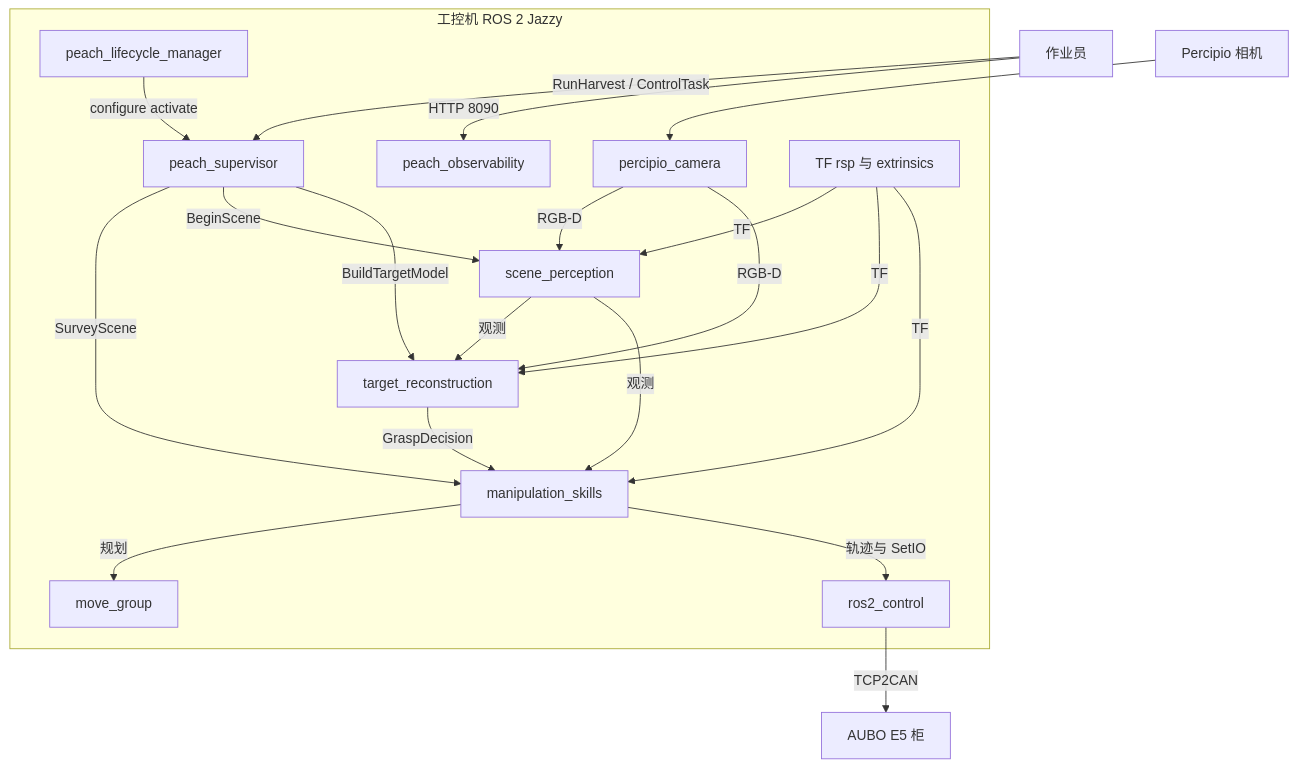
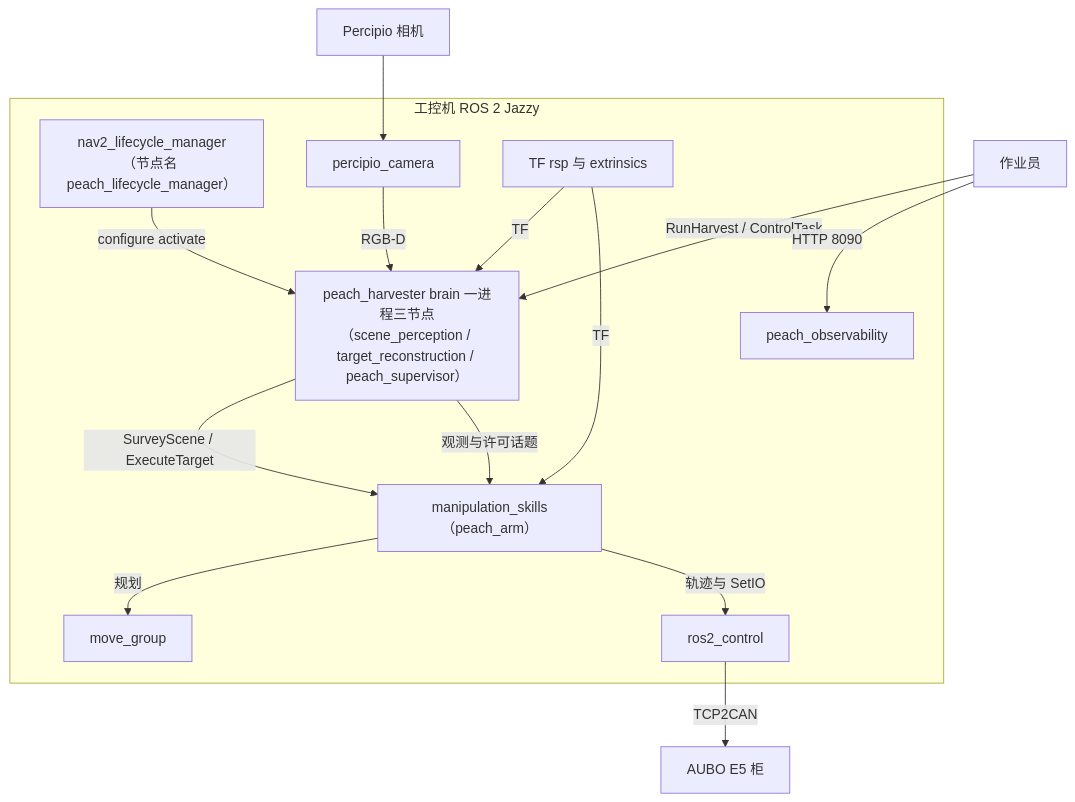
One commit to MUHAN11-c/aubo_boot changed the second of 15 diagrams in docs/architecture.md. Above: the diagram before and after it, drawn with Mermaid. The commit also changed other lines of this file and 291 other files, not shown here.

````diff
--- a/docs/architecture.md
+++ b/docs/architecture.md
@@ -103,36 +103,28 @@
 ```mermaid
 flowchart TB
   op["作业员"]
   e5["AUBO E5 柜"]
   camhw["Percipio 相机"]
   subgraph ipc["工控机 ROS 2 Jazzy"]
-    exe["peach_supervisor"]
-    lcm["peach_lifecycle_manager"]
+    brain["peach_harvester brain 一进程三节点（scene_perception / target_reconstruction / peach_supervisor）"]
+    lcm["nav2_lifecycle_manager（节点名 peach_lifecycle_manager）"]
     obs["peach_observability"]
-    sc["scene_perception"]
-    rc["target_reconstruction"]
-    sk["manipulation_skills"]
+    sk["manipulation_skills（peach_arm）"]
     mg["move_group"]
     r2c["ros2_control"]
     pcam["percipio_camera"]
     tf["TF rsp 与 extrinsics"]
   end
-  op -->|"RunHarvest / ControlTask"| exe
+  op -->|"RunHarvest / ControlTask"| brain
   op -->|"HTTP 8090"| obs
-  lcm -->|"configure activate"| exe
-  exe -->|"SurveyScene"| sk
-  exe -->|"BeginScene"| sc
-  exe -->|"BuildTargetModel"| rc
-  sc -->|"观测"| rc
-  sc -->|"观测"| sk
-  rc -->|"GraspDecision"| sk
-  pcam -->|"RGB-D"| sc
-  pcam -->|"RGB-D"| rc
-  tf -->|"TF"| sc
-  tf -->|"TF"| rc
+  lcm -->|"configure activate"| brain
+  brain -->|"SurveyScene / ExecuteTarget"| sk
+  brain -->|"观测与许可话题"| sk
+  pcam -->|"RGB-D"| brain
+  tf -->|"TF"| brain
   tf -->|"TF"| sk
   sk -->|"规划"| mg
   sk -->|"轨迹与 SetIO"| r2c
   camhw --> pcam
   r2c -->|"TCP2CAN"| e5
 ```
````
